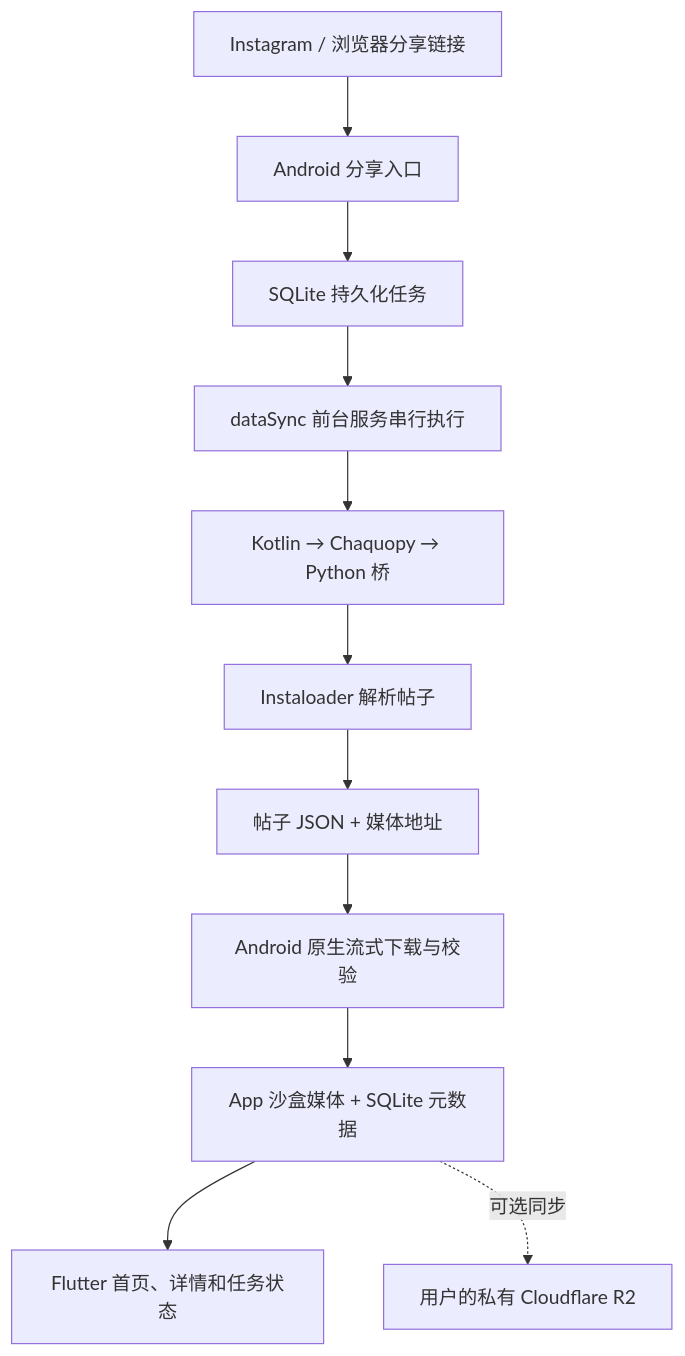
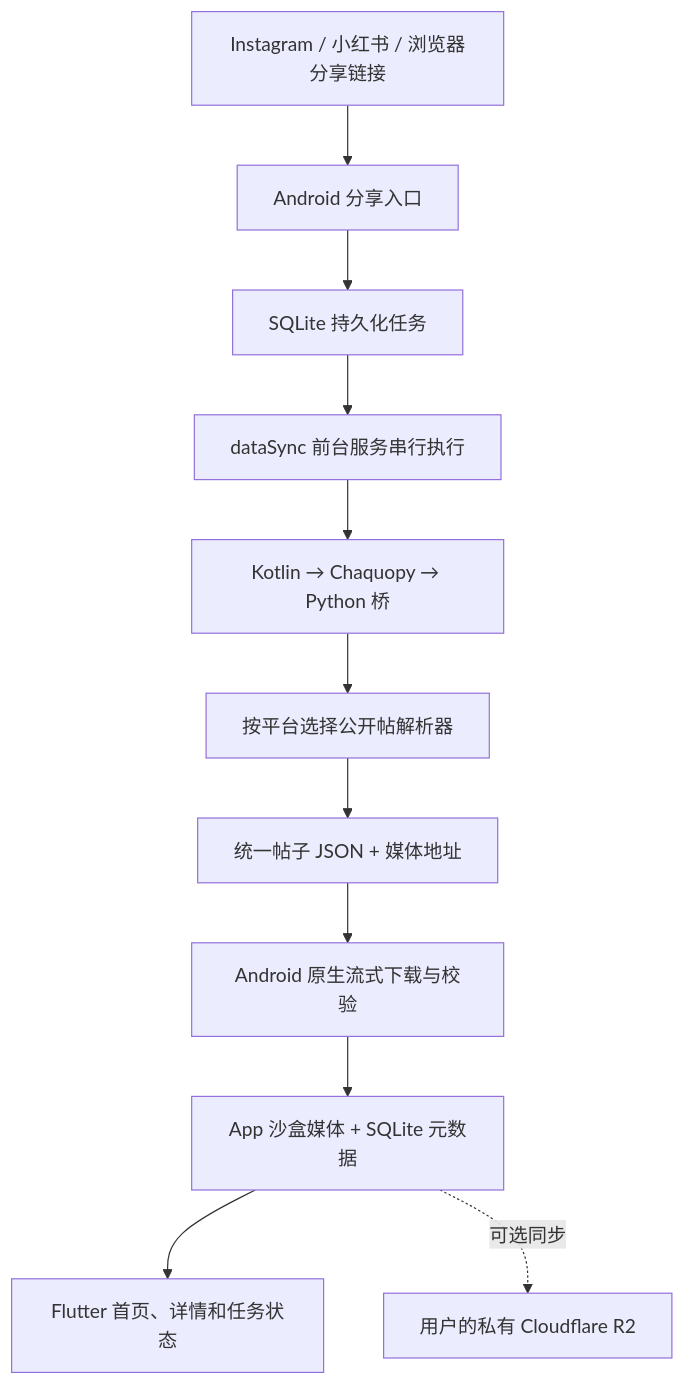
One commit to arsenalxj/PhotoBook changed the diagram in README.md. Above: the diagram before and after it, drawn with Mermaid. The commit also changed other lines of this file and 47 other files, not shown here.

````diff
--- a/README.md
+++ b/README.md
@@ -38,13 +39,13 @@
 ```mermaid
 flowchart TD
-    SHARE["Instagram / 浏览器分享链接"] --> ACTIVITY["Android 分享入口"]
+    SHARE["Instagram / 小红书 / 浏览器分享链接"] --> ACTIVITY["Android 分享入口"]
     ACTIVITY --> JOBS["SQLite 持久化任务"]
     JOBS --> SERVICE["dataSync 前台服务串行执行"]
     SERVICE --> BRIDGE["Kotlin → Chaquopy → Python 桥"]
-    BRIDGE --> INSTALOADER["Instaloader 解析帖子"]
-    INSTALOADER --> JSON["帖子 JSON + 媒体地址"]
+    BRIDGE --> PARSER["按平台选择公开帖解析器"]
+    PARSER --> JSON["统一帖子 JSON + 媒体地址"]
     JSON --> MEDIA["Android 原生流式下载与校验"]
     MEDIA --> LOCAL["App 沙盒媒体 + SQLite 元数据"]
     LOCAL --> UI["Flutter 首页、详情和任务状态"]
     LOCAL -. "可选同步" .-> R2["用户的私有 Cloudflare R2"]
 ```
````
